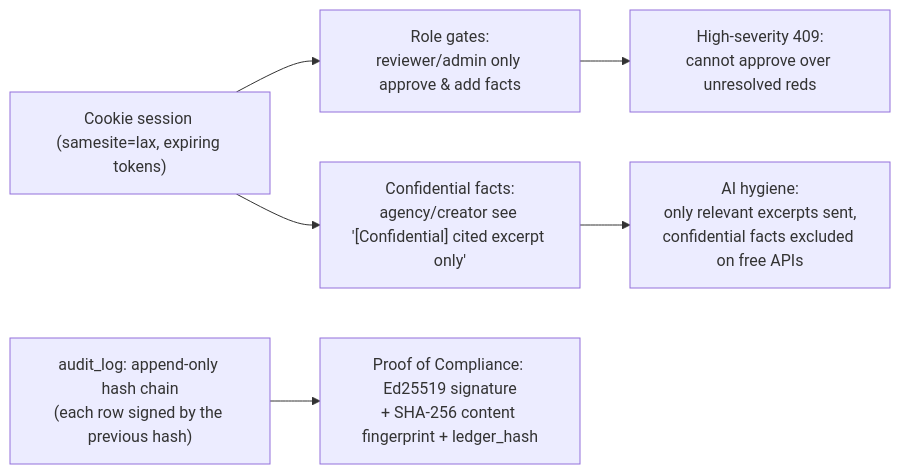
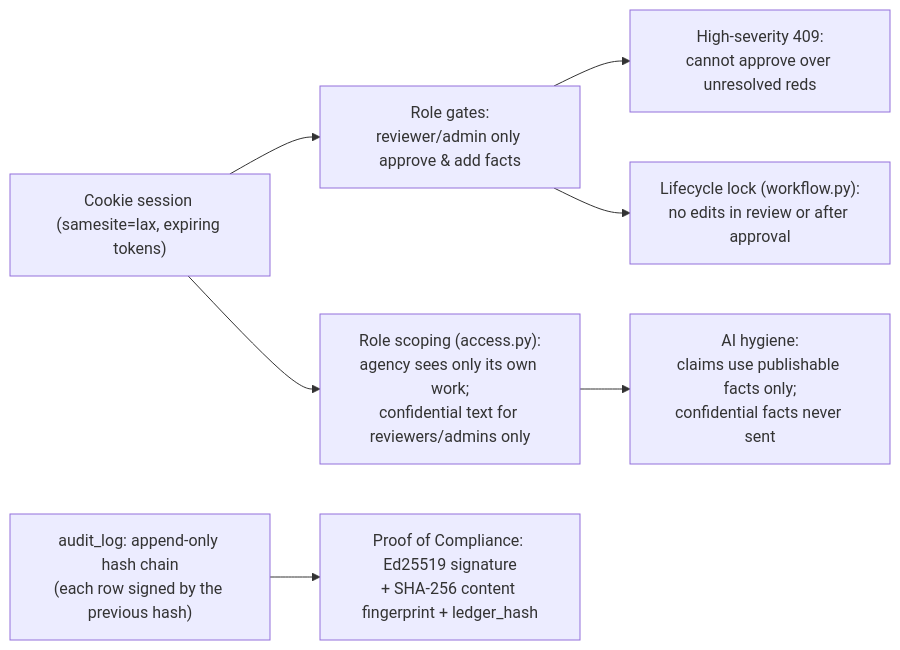
One commit to Dhruv-Puri/Canonry changed the fifth of 6 diagrams in docs/architecture.md. Above: the diagram before and after it, drawn with Mermaid. The commit also changed other lines of this file and 70 other files, not shown here.

````diff
--- a/docs/architecture.md
+++ b/docs/architecture.md
@@ -221,8 +228,9 @@
 ```mermaid
 flowchart LR
     A["Cookie session (samesite=lax, expiring tokens)"] --> B["Role gates:<br/>reviewer/admin only approve & add facts"]
-    A --> C["Confidential facts:<br/>agency/creator see '[Confidential] cited excerpt only'"]
+    A --> C["Role scoping (access.py):<br/>agency sees only its own work;<br/>confidential text for reviewers/admins only"]
     B --> D["High-severity 409:<br/>cannot approve over unresolved reds"]
-    C --> E["AI hygiene:<br/>only relevant excerpts sent,<br/>confidential facts excluded on free APIs"]
+    C --> E["AI hygiene:<br/>claims use publishable facts only;<br/>confidential facts never sent"]
+    B --> L["Lifecycle lock (workflow.py):<br/>no edits in review or after approval"]
     F["audit_log: append-only hash chain<br/>(each row signed by the previous hash)"] --> G["Proof of Compliance: Ed25519 signature<br/>+ SHA-256 content fingerprint + ledger_hash"]
 ```
````
